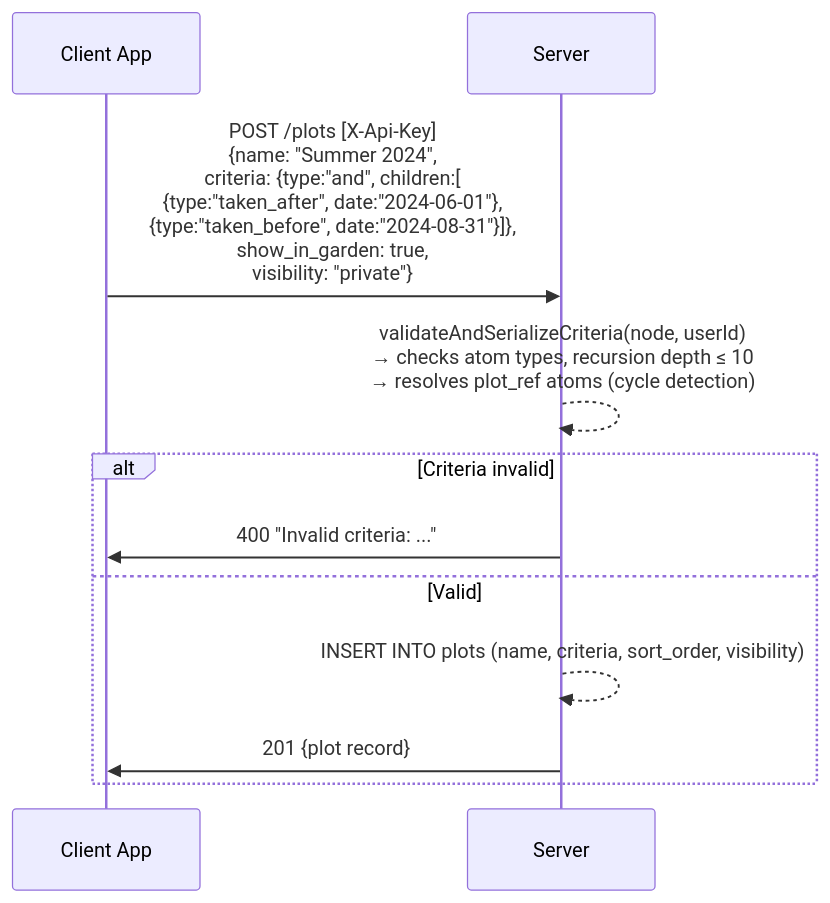
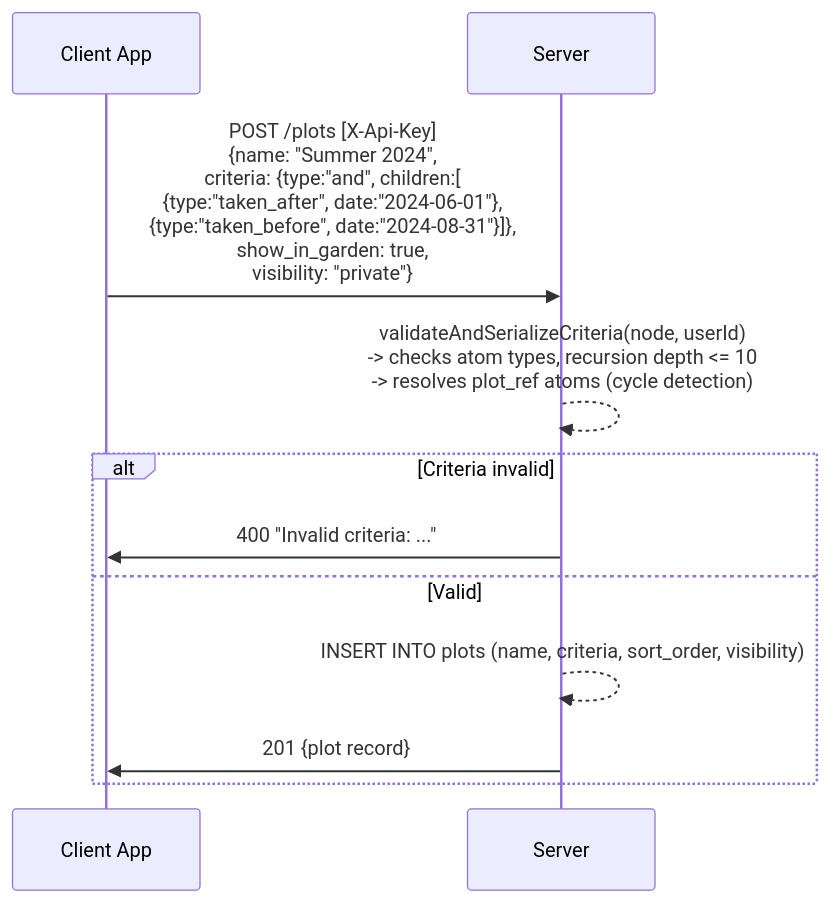
Before and after one commit to bacalv/Heirlooms: the second of 7 diagrams in docs/specs/plots.md, drawn with Mermaid. The commit also changed other lines of this file and 9 other files, not shown here.

First line of the commit message:
docs: fix Mermaid v11 syntax across all spec and testing diagrams

````diff
--- a/docs/specs/plots.md
+++ b/docs/specs/plots.md
@@ -62,14 +62,14 @@
 ```mermaid
 sequenceDiagram
     participant App as Client App
     participant S as Server
 
     App->>S: POST /plots [X-Api-Key]<br/>{name: "Summer 2024",<br/> criteria: {type:"and", children:[<br/>   {type:"taken_after", date:"2024-06-01"},<br/>   {type:"taken_before", date:"2024-08-31"}]},<br/> show_in_garden: true,<br/> visibility: "private"}
-    S-->>S: validateAndSerializeCriteria(node, userId)<br/>→ checks atom types, recursion depth ≤ 10<br/>→ resolves plot_ref atoms (cycle detection)
+    S-->>S: validateAndSerializeCriteria(node, userId)<br/>-> checks atom types, recursion depth <= 10<br/>-> resolves plot_ref atoms (cycle detection)
     alt Criteria invalid
         S->>App: 400 "Invalid criteria: ..."
     else Valid
         S-->>S: INSERT INTO plots (name, criteria, sort_order, visibility)
         S->>App: 201 {plot record}
     end
 ```
````
